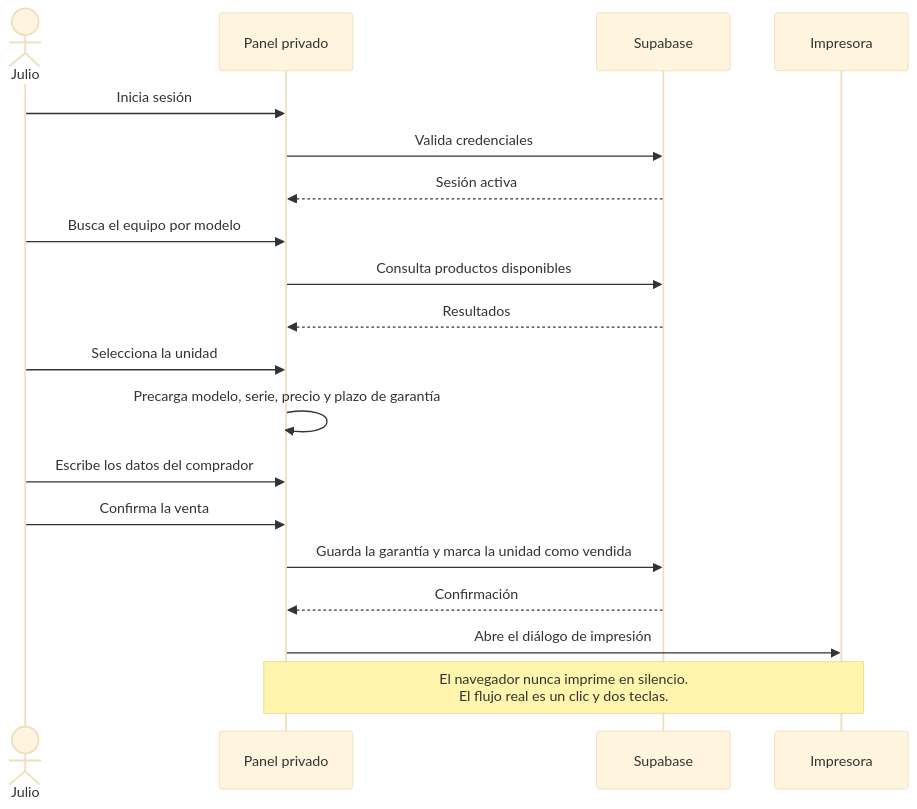
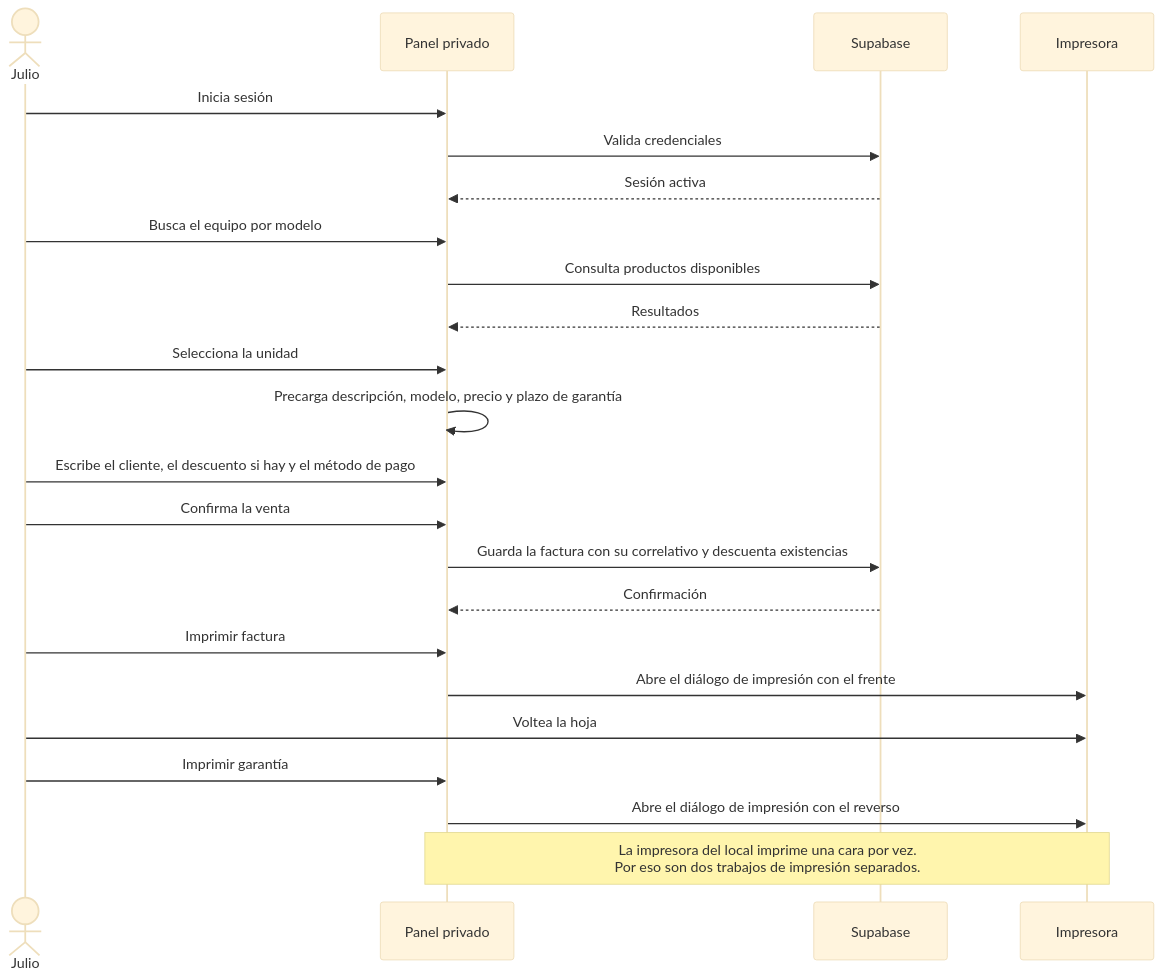
One commit to michaelsalgado085-rgb/dazzan-technology-web changed the fourth of 4 diagrams in docs/arquitectura.md. Above: the diagram before and after it, drawn with Mermaid (base theme). The commit also changed other lines of this file and 2 other files, not shown here.

````diff
--- a/docs/arquitectura.md
+++ b/docs/arquitectura.md
@@ -160,22 +160,26 @@
 ```mermaid
 sequenceDiagram
   actor J as Julio
   participant P as Panel privado
   participant S as Supabase
   participant I as Impresora
 
   J->>P: Inicia sesión
   P->>S: Valida credenciales
   S-->>P: Sesión activa
   J->>P: Busca el equipo por modelo
   P->>S: Consulta productos disponibles
   S-->>P: Resultados
   J->>P: Selecciona la unidad
-  P->>P: Precarga modelo, serie, precio y plazo de garantía
-  J->>P: Escribe los datos del comprador
+  P->>P: Precarga descripción, modelo, precio y plazo de garantía
+  J->>P: Escribe el cliente, el descuento si hay y el método de pago
   J->>P: Confirma la venta
-  P->>S: Guarda la garantía y marca la unidad como vendida
+  P->>S: Guarda la factura con su correlativo y descuenta existencias
   S-->>P: Confirmación
-  P->>I: Abre el diálogo de impresión
-  Note over P,I: El navegador nunca imprime en silencio.<br/>El flujo real es un clic y dos teclas.
+  J->>P: Imprimir factura
+  P->>I: Abre el diálogo de impresión con el frente
+  J->>I: Voltea la hoja
+  J->>P: Imprimir garantía
+  P->>I: Abre el diálogo de impresión con el reverso
+  Note over P,I: La impresora del local imprime una cara por vez.<br/>Por eso son dos trabajos de impresión separados.
 ```
````
